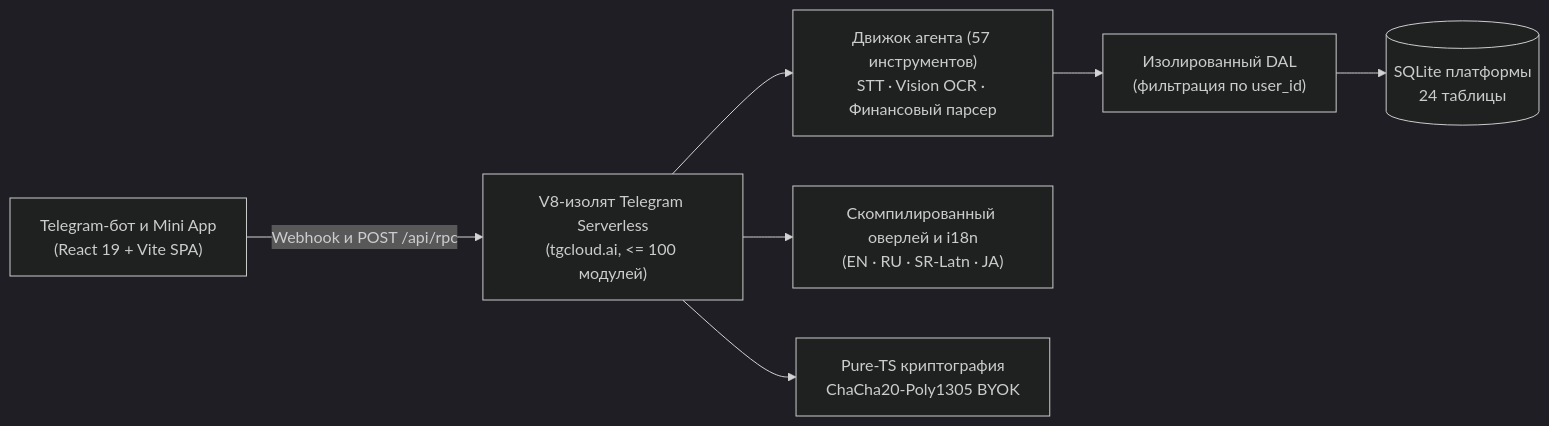
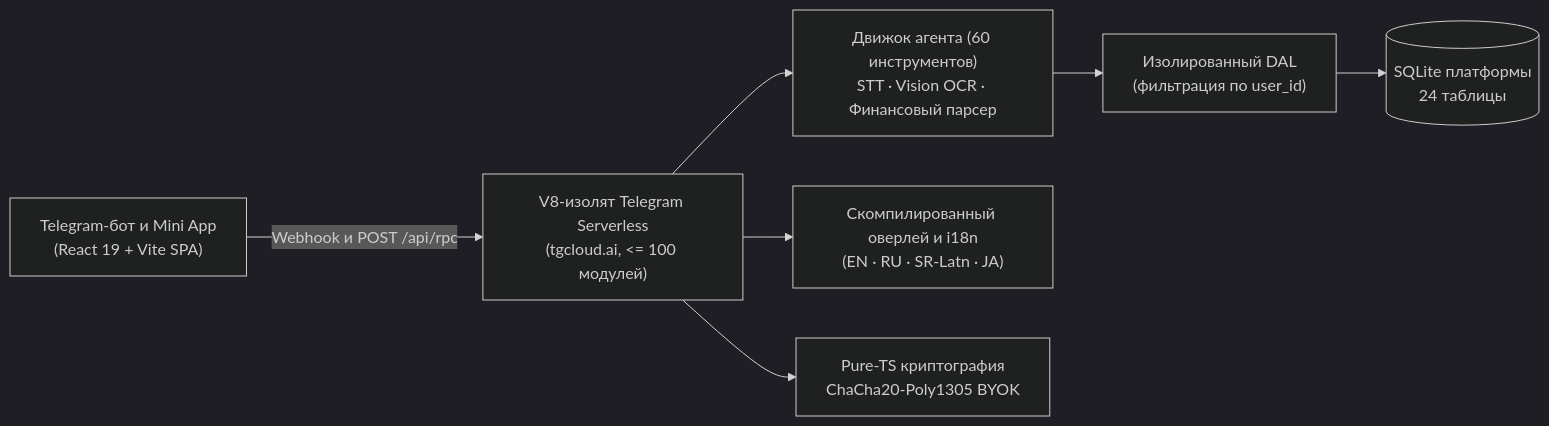
One commit to ValDagon/tokio changed the diagram in README.ru.md. Above: the diagram before and after it, drawn with Mermaid (dark theme). The commit also changed other lines of this file and 70 other files, not shown here.

````diff
--- a/README.ru.md
+++ b/README.ru.md
@@ -22,9 +22,9 @@
 ```mermaid
 flowchart LR
   TG["Telegram-бот и Mini App<br/>(React 19 + Vite SPA)"] -->|Webhook и POST /api/rpc| ISO["V8-изолят Telegram Serverless<br/>(tgcloud.ai, <= 100 модулей)"]
-  ISO --> AGENT["Движок агента (57 инструментов)<br/>STT · Vision OCR · Финансовый парсер"]
+  ISO --> AGENT["Движок агента (60 инструментов)<br/>STT · Vision OCR · Финансовый парсер"]
   ISO --> OVERLAY["Скомпилированный оверлей и i18n<br/>(EN · RU · SR-Latn · JA)"]
   ISO --> CRYPTO["Pure-TS криптография<br/>ChaCha20-Poly1305 BYOK"]
   AGENT --> DAL["Изолированный DAL<br/>(фильтрация по user_id)"]
   DAL --> DB[("SQLite платформы<br/>24 таблицы")]
 ```
````
